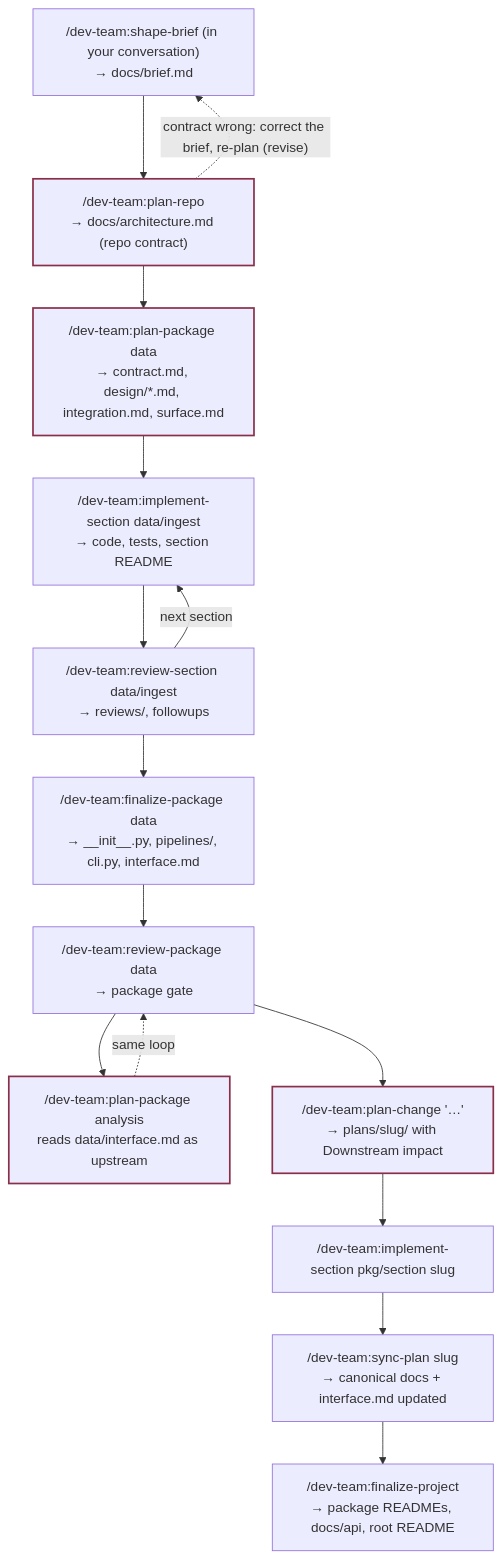
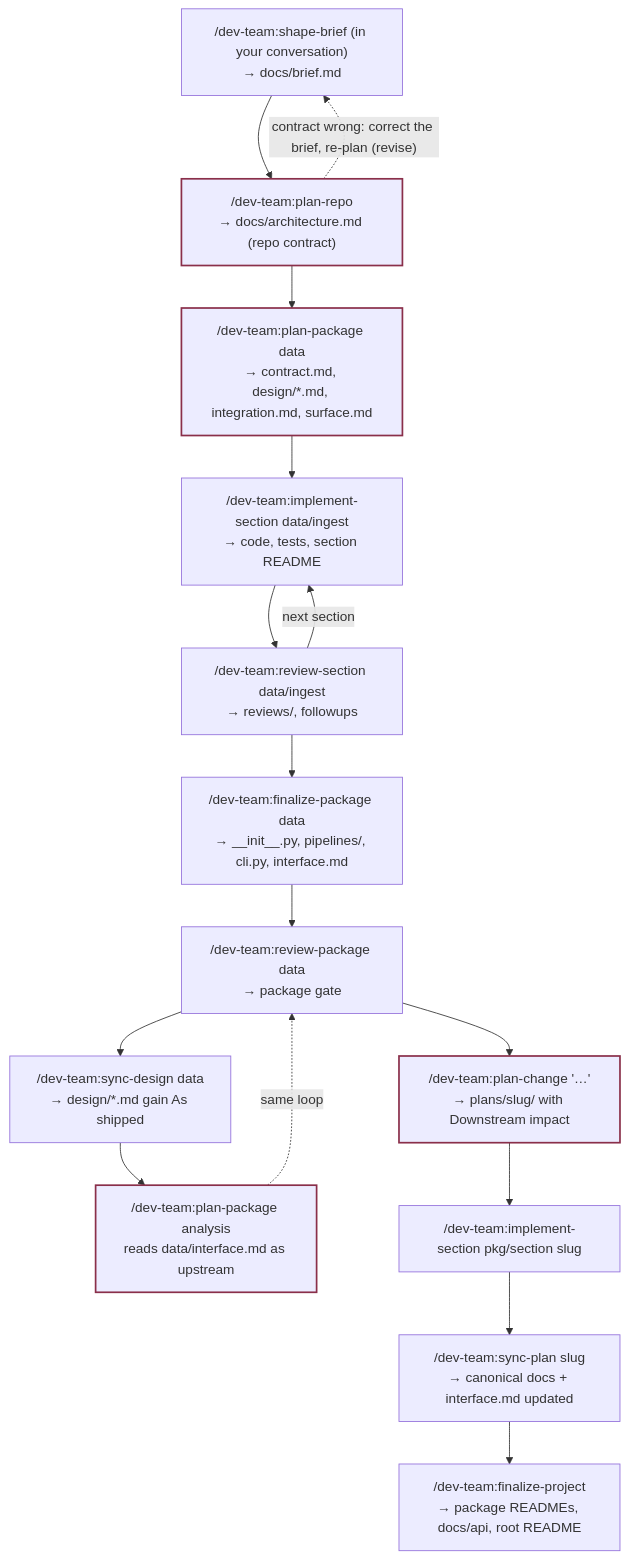
Before and after one commit to cott435/cott-plugins: the second of 3 diagrams in dev-team/site/flow.md, drawn with Mermaid. The commit also changed other lines of this file and 15 other files, not shown here.

First line of the commit message:
dev-team 0.5 (phase 3): reviewer order of authority, recorded-deviation rule, sync-design

````diff
--- a/dev-team/site/flow.md
+++ b/dev-team/site/flow.md
@@ -45,21 +45,22 @@
 ```mermaid
 flowchart TD
   S["/dev-team:shape-brief (in your conversation)<br/>→ docs/brief.md"]
   S --> A
   A["/dev-team:plan-repo<br/>→ docs/architecture.md (repo contract)"]
   A -. "contract wrong: correct the brief, re-plan (revise)" .-> S
   A --> B["/dev-team:plan-package data<br/>→ contract.md, design/*.md, integration.md, surface.md"]
   B --> C["/dev-team:implement-section data/ingest<br/>→ code, tests, section README"]
   C --> D["/dev-team:review-section data/ingest<br/>→ reviews/, followups"]
   D -->|next section| C
   D --> E["/dev-team:finalize-package data<br/>→ __init__.py, pipelines/, cli.py, interface.md"]
   E --> F["/dev-team:review-package data<br/>→ package gate"]
-  F --> G["/dev-team:plan-package analysis<br/>reads data/interface.md as upstream"]
+  F --> SD["/dev-team:sync-design data<br/>→ design/*.md gain As shipped"]
+  SD --> G["/dev-team:plan-package analysis<br/>reads data/interface.md as upstream"]
   G -.->|same loop| F
   F --> H["/dev-team:plan-change '…'<br/>→ plans/slug/ with Downstream impact"]
   H --> I["/dev-team:implement-section pkg/section slug"]
   I --> J["/dev-team:sync-plan slug<br/>→ canonical docs + interface.md updated"]
   J --> K["/dev-team:finalize-project<br/>→ package READMEs, docs/api, root README"]
   classDef stop stroke:#8a2f4a,stroke-width:2px;
   class A,B,G,H stop;
 ```
````
